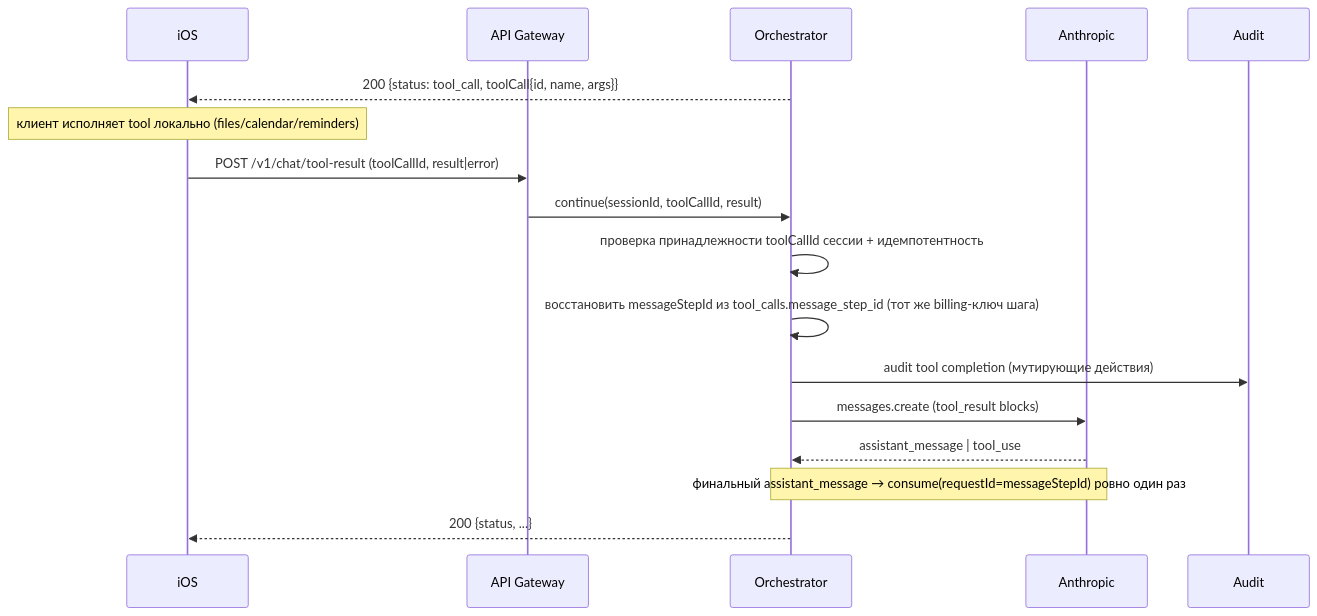
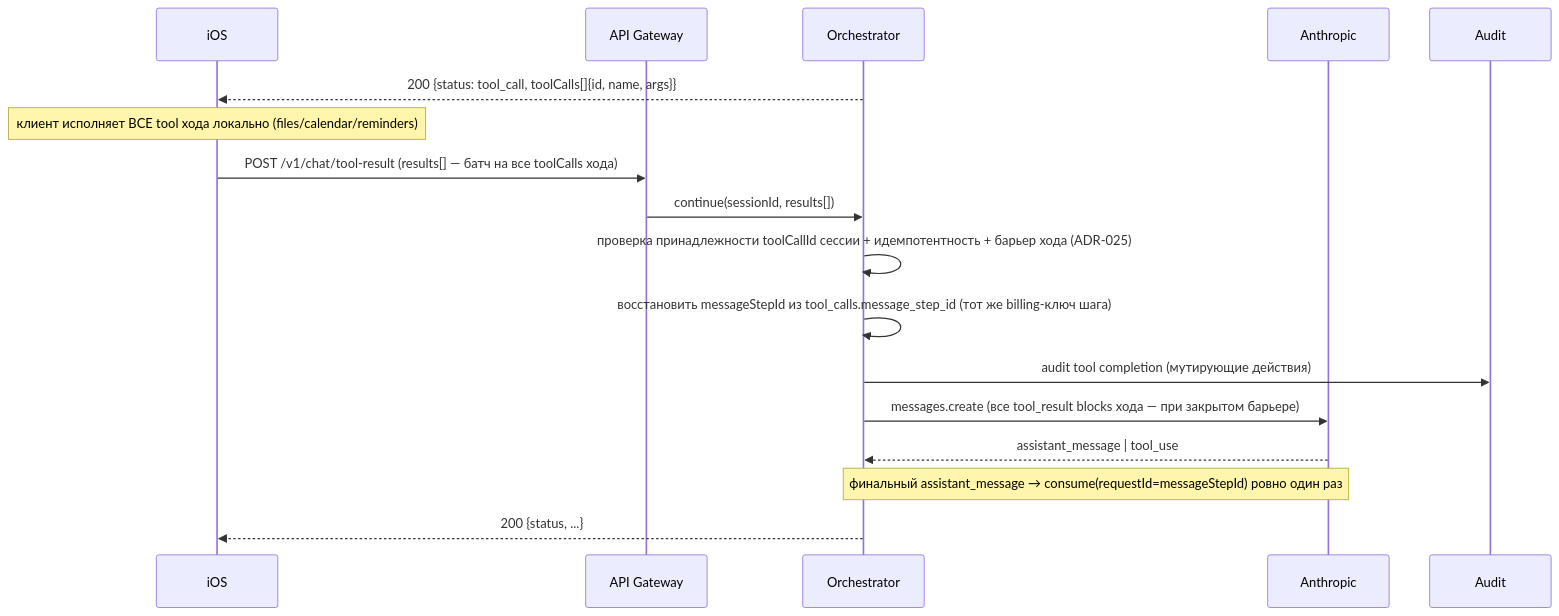
The third of 3 diagrams in docs/01-architecture.md (eliseiv/claude-ios), drawn with Mermaid before and after one commit. The commit also changed other lines of this file and 28 other files, not shown here.

First line of the commit message:
feat(chat): parallel client-side tool calls + max_tokens truncation handling (ADR-025)

````diff
--- a/docs/01-architecture.md
+++ b/docs/01-architecture.md
@@ -134,20 +134,20 @@
 ```mermaid
 sequenceDiagram
     participant C as iOS
     participant GW as API Gateway
     participant O as Orchestrator
     participant A as Anthropic
     participant AU as Audit
 
-    O-->>C: 200 {status: tool_call, toolCall{id, name, args}}
-    Note over C: клиент исполняет tool локально (files/calendar/reminders)
-    C->>GW: POST /v1/chat/tool-result (toolCallId, result|error)
-    GW->>O: continue(sessionId, toolCallId, result)
-    O->>O: проверка принадлежности toolCallId сессии + идемпотентность
+    O-->>C: 200 {status: tool_call, toolCalls[]{id, name, args}}
+    Note over C: клиент исполняет ВСЕ tool хода локально (files/calendar/reminders)
+    C->>GW: POST /v1/chat/tool-result (results[] — батч на все toolCalls хода)
+    GW->>O: continue(sessionId, results[])
+    O->>O: проверка принадлежности toolCallId сессии + идемпотентность + барьер хода (ADR-025)
     O->>O: восстановить messageStepId из tool_calls.message_step_id (тот же billing-ключ шага)
     O->>AU: audit tool completion (мутирующие действия)
-    O->>A: messages.create (tool_result blocks)
+    O->>A: messages.create (все tool_result blocks хода — при закрытом барьере)
     A-->>O: assistant_message | tool_use
     Note over O,A: финальный assistant_message → consume(requestId=messageStepId) ровно один раз
     O-->>C: 200 {status, ...}
 ```
````
